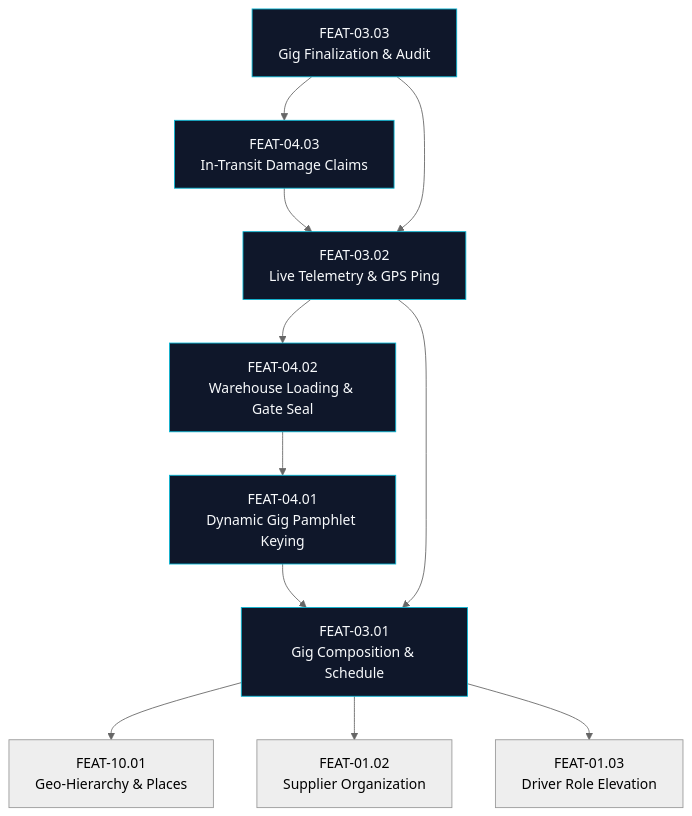
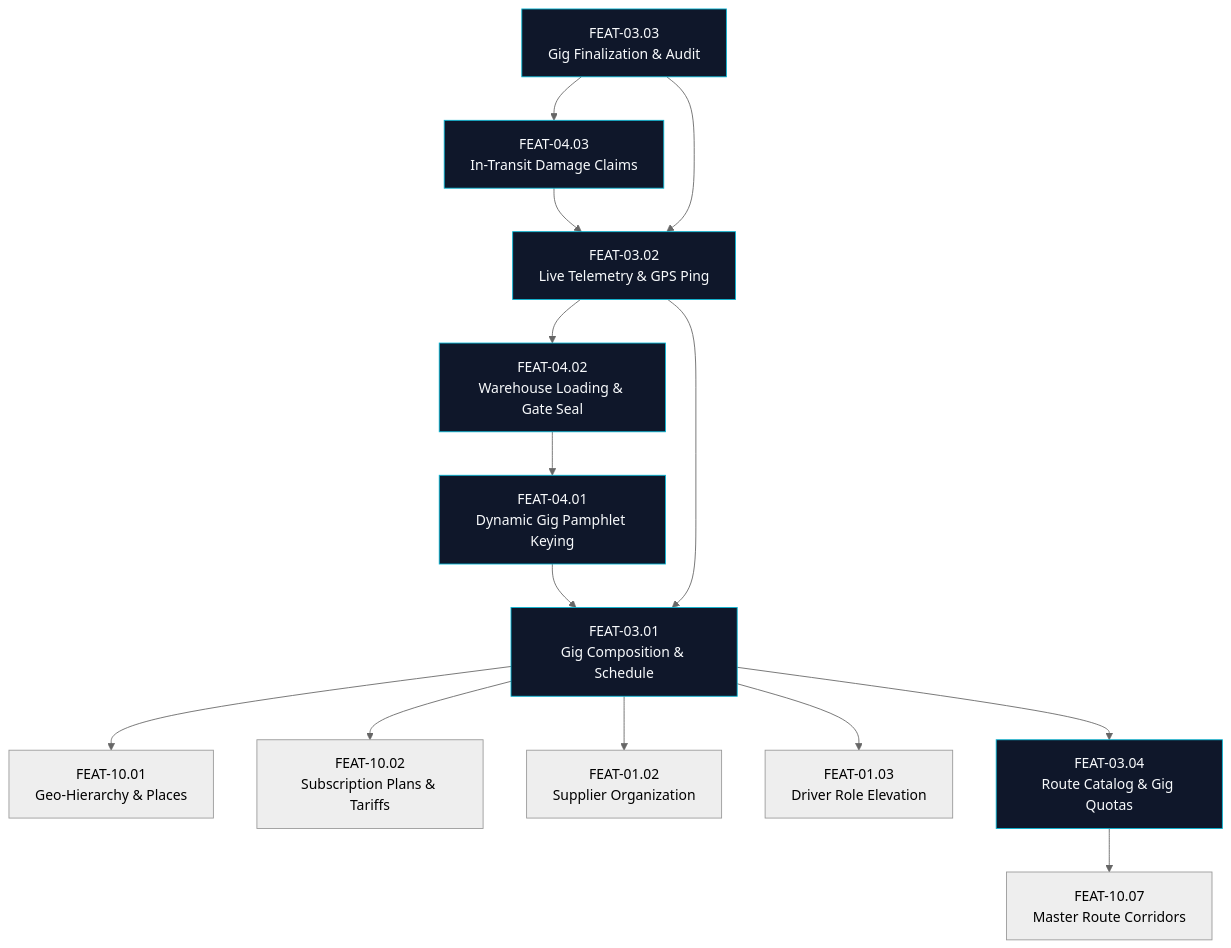
One commit to vamsi2310/logikchain.com changed the third of 6 diagrams in work-management/DEPENDENCY-GRAPH.md. Above: the diagram before and after it, drawn with Mermaid (neutral theme). The commit also changed other lines of this file and 18 other files, not shown here.

Commit message:
Working on work management refining functional and architectural gaps

````diff
--- a/work-management/DEPENDENCY-GRAPH.md
+++ b/work-management/DEPENDENCY-GRAPH.md
@@ -194,31 +216,37 @@
 ```mermaid
 graph TD
     classDef feat fill:#0f172a,stroke:#06b6d4,stroke-width:1px,color:#f8fafc;
 
     FEAT1001["FEAT-10.01<br/>Geo-Hierarchy & Places"]
+    FEAT1002["FEAT-10.02<br/>Subscription Plans & Tariffs"]
+    FEAT1007["FEAT-10.07<br/>Master Route Corridors"]
     FEAT0102["FEAT-01.02<br/>Supplier Organization"]
     FEAT0103["FEAT-01.03<br/>Driver Role Elevation"]
 
+    FEAT0304["FEAT-03.04<br/>Route Catalog & Gig Quotas"]:::feat
     FEAT0301["FEAT-03.01<br/>Gig Composition & Schedule"]:::feat
     FEAT0302["FEAT-03.02<br/>Live Telemetry & GPS Ping"]:::feat
     FEAT0303["FEAT-03.03<br/>Gig Finalization & Audit"]:::feat
 
     FEAT0401["FEAT-04.01<br/>Dynamic Gig Pamphlet Keying"]:::feat
     FEAT0402["FEAT-04.02<br/>Warehouse Loading & Gate Seal"]:::feat
     FEAT0403["FEAT-04.03<br/>In-Transit Damage Claims"]:::feat
 
+    FEAT0304 --> FEAT1007
+    FEAT0301 --> FEAT0304
     FEAT0301 --> FEAT1001
+    FEAT0301 --> FEAT1002
     FEAT0301 --> FEAT0102
     FEAT0301 --> FEAT0103
 
     FEAT0401 --> FEAT0301
     FEAT0402 --> FEAT0401
 
     FEAT0302 --> FEAT0301
     FEAT0302 --> FEAT0402
 
     FEAT0403 --> FEAT0302
 
     FEAT0303 --> FEAT0302
     FEAT0303 --> FEAT0403
 ```
````
